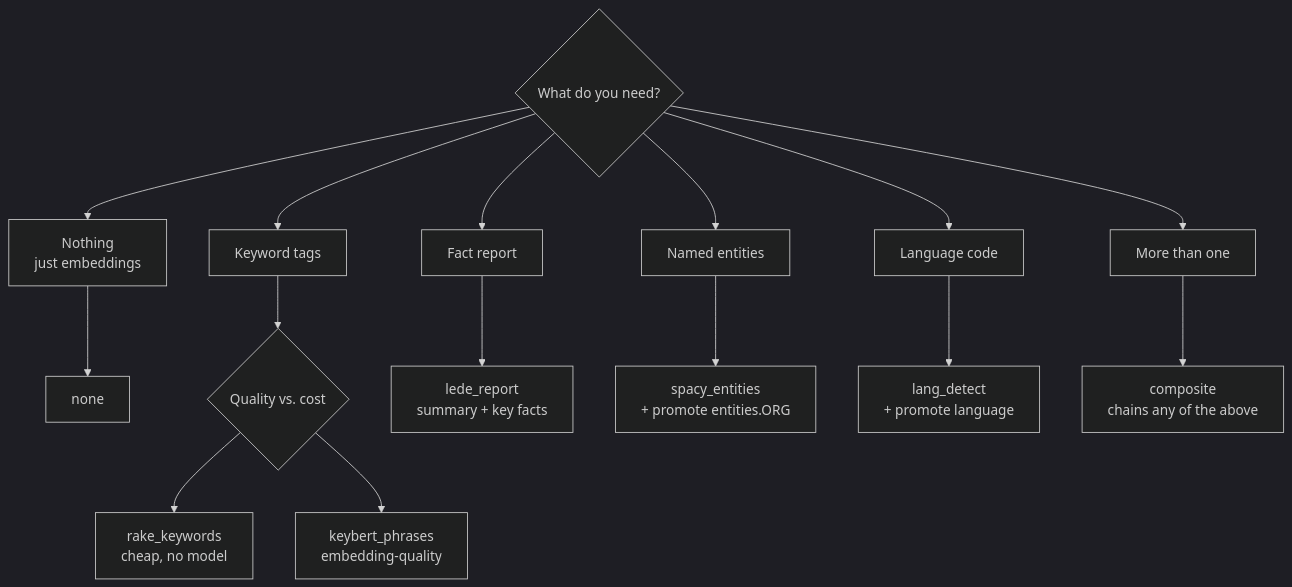
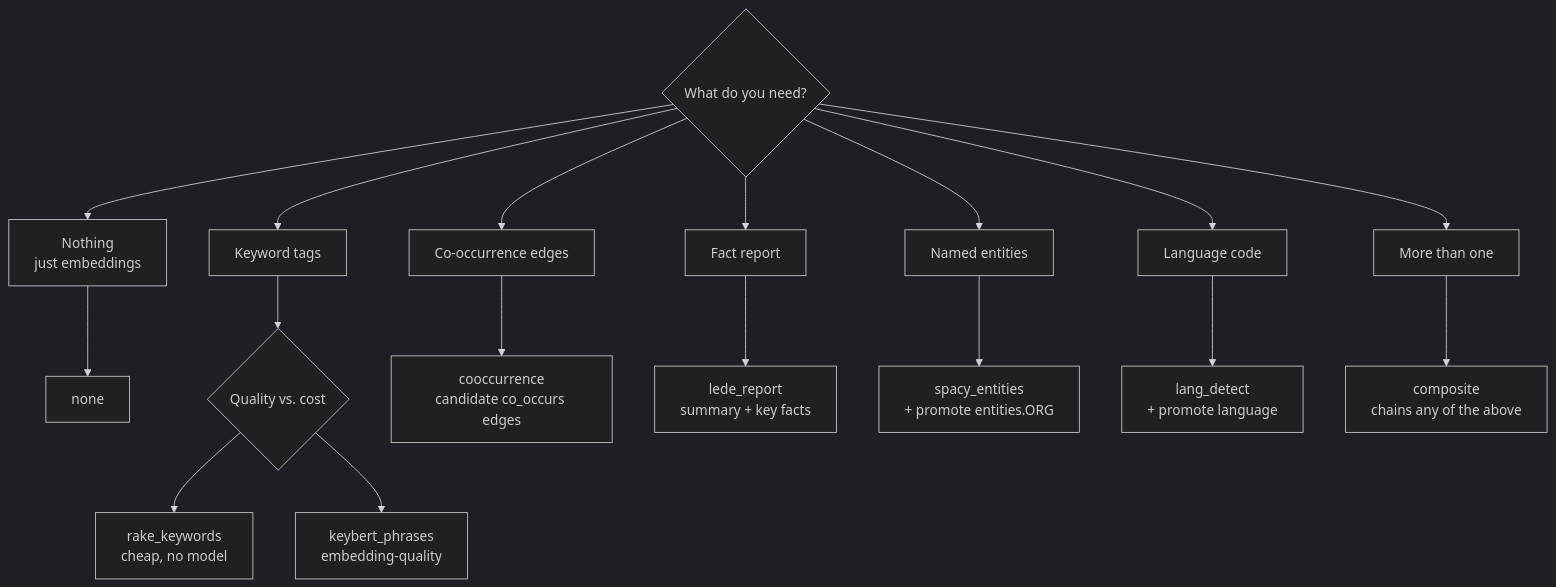
The diagram in docs/extractors.md (yonk-labs/chunkshop), drawn with Mermaid (dark theme) before and after one commit. The commit also changed other lines of this file and 7 other files, not shown here.

````diff
--- a/docs/extractors.md
+++ b/docs/extractors.md
@@ -594,18 +682,20 @@
 ```mermaid
 flowchart TB
     Q{What do you need?}
     Q --> NONE[Nothing<br/>just embeddings]
     Q --> TAGS[Keyword tags]
+    Q --> EDGES[Co-occurrence edges]
     Q --> FACTS[Fact report]
     Q --> NAMED[Named entities]
     Q --> LANG[Language code]
     Q --> MANY[More than one]
     NONE --> N[none]
     TAGS --> T{Quality vs. cost}
     T --> RAKE[rake_keywords<br/>cheap, no model]
     T --> KB[keybert_phrases<br/>embedding-quality]
+    EDGES --> CO[cooccurrence<br/>candidate co_occurs edges]
     FACTS --> LR[lede_report<br/>summary + key facts]
     NAMED --> SP[spacy_entities<br/>+ promote entities.ORG]
     LANG --> LD[lang_detect<br/>+ promote language]
     MANY --> COMP[composite<br/>chains any of the above]
 ```
````
